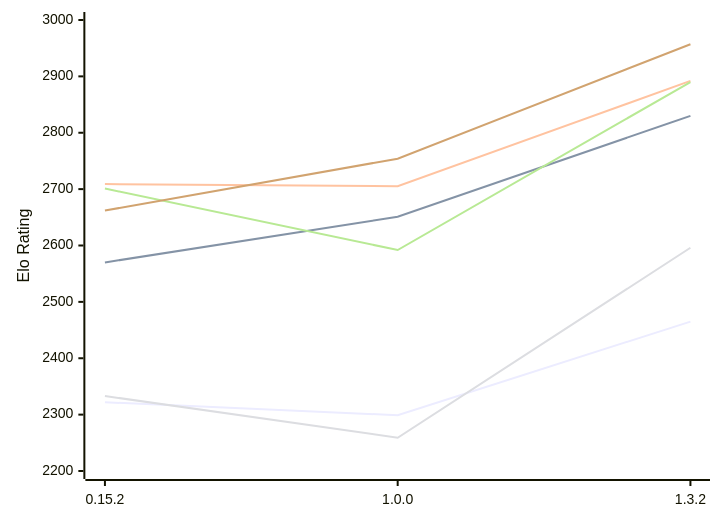
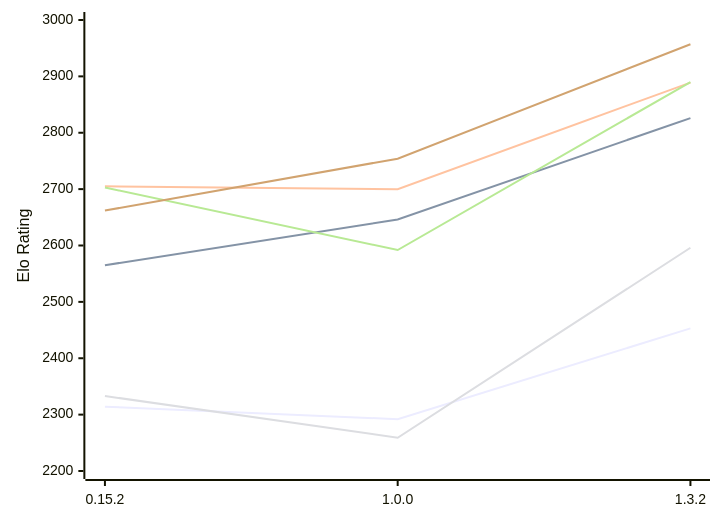
One commit to computer-chess-index/cci changed the diagram in engines/ElephantGambit.md. Above: the diagram before and after it, drawn with Mermaid. The commit also changed other lines of this file, not shown here.

Commit message:
Update CCI Ratings (ELO VLTC) - 2026-11-09

````diff
--- a/engines/ElephantGambit.md
+++ b/engines/ElephantGambit.md
@@ -52,12 +52,12 @@
 ```mermaid
 %%{init: {"theme":"base","themeVariables":{"seriesColors:['#a3a3a3','#222221','#faa371']}}}%%
 xychart-beta
   x-axis ["0.15.2", "1.0.0", "1.3.2"]
   y-axis "Elo Rating" 2200 --> 3000
-  line "E1: STC (8.0+0.08s)" [2322, 2299, 2465]
-  line "E1: LTC (60.0+0.60s)" [2570, 2651, 2830]
-  line "E1: VLTC (2m24s+1.12s)" [2709, 2705, 2892]
+  line "E1: STC (8.0+0.08s)" [2314, 2292, 2453]
+  line "E1: LTC (60.0+0.60s)" [2565, 2646, 2826]
+  line "E1: VLTC (2m24s+1.12s)" [2705, 2700, 2889]
   line "P1: STC (8.0+0.08s)" [2333, 2259, 2596]
-  line "P1: LTC (60.0+0.60s)" [2701, 2592, 2890]
+  line "P1: LTC (60.0+0.60s)" [2703, 2592, 2890]
   line "P1: VLTC (2m24s+1.12s)" [2662, 2754, 2957]
 ```
````
